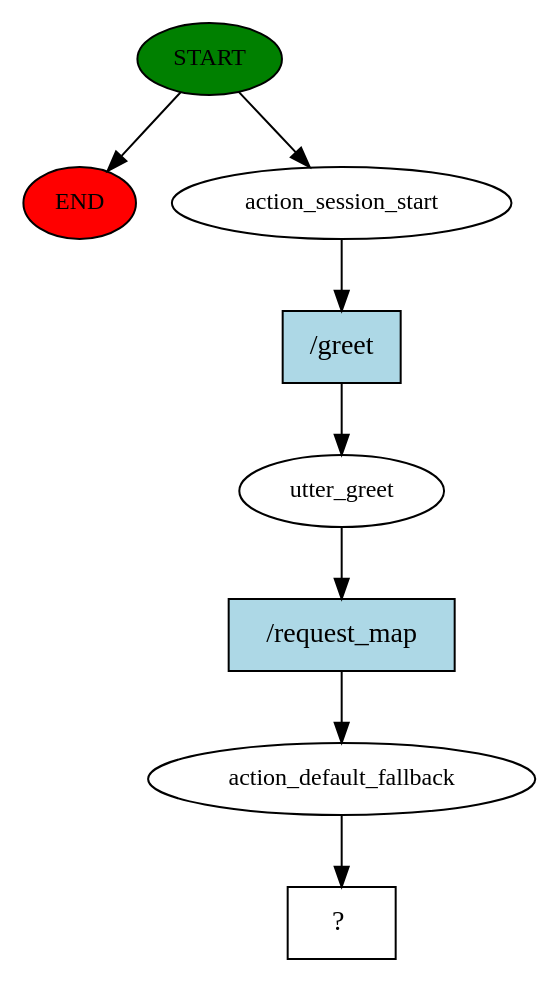
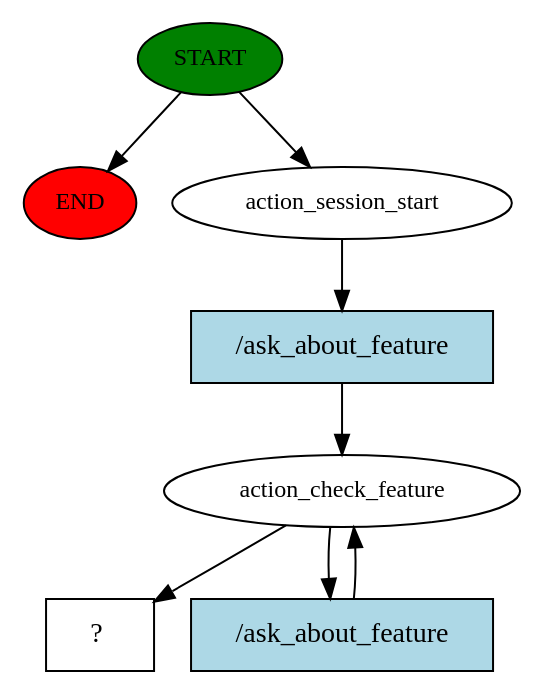
Before and after one commit to Chameleon-company/MOP-Code: the diagram in artificial-intelligence/chatbot/code/mpt_bot/story_graph.dot, drawn with Graphviz. The commit also changed 4 other files, not shown here.

```diff
--- a/artificial-intelligence/chatbot/code/mpt_bot/story_graph.dot
+++ b/artificial-intelligence/chatbot/code/mpt_bot/story_graph.dot
@@ -1,17 +1,16 @@
 digraph  {
 0 [class="start active", fillcolor=green, fontsize=12, label=START, style=filled];
 "-1" [class=end, fillcolor=red, fontsize=12, label=END, style=filled];
 1 [class=active, fontsize=12, label=action_session_start];
-2 [class=active, fontsize=12, label=utter_greet];
-3 [class=active, fontsize=12, label=action_default_fallback];
+2 [class=active, fontsize=12, label=action_check_feature];
 4 [class="intent dashed active", label="  ?  ", shape=rect];
-5 [class="intent active", fillcolor=lightblue, label="/greet", shape=rect, style=filled];
-6 [class="intent active", fillcolor=lightblue, label="/request_map", shape=rect, style=filled];
+5 [class="intent active", fillcolor=lightblue, label="/ask_about_feature", shape=rect, style=filled];
+6 [class="intent active", fillcolor=lightblue, label="/ask_about_feature", shape=rect, style=filled];
 0 -> "-1"  [class="", key=NONE, label=""];
 0 -> 1  [class=active, key=NONE, label=""];
 1 -> 5  [class=active, key=0];
+2 -> 4  [class=active, key=NONE, label=""];
 2 -> 6  [class=active, key=0];
-3 -> 4  [class=active, key=NONE, label=""];
 5 -> 2  [class=active, key=0];
-6 -> 3  [class=active, key=0];
+6 -> 2  [class=active, key=0];
 }
```
